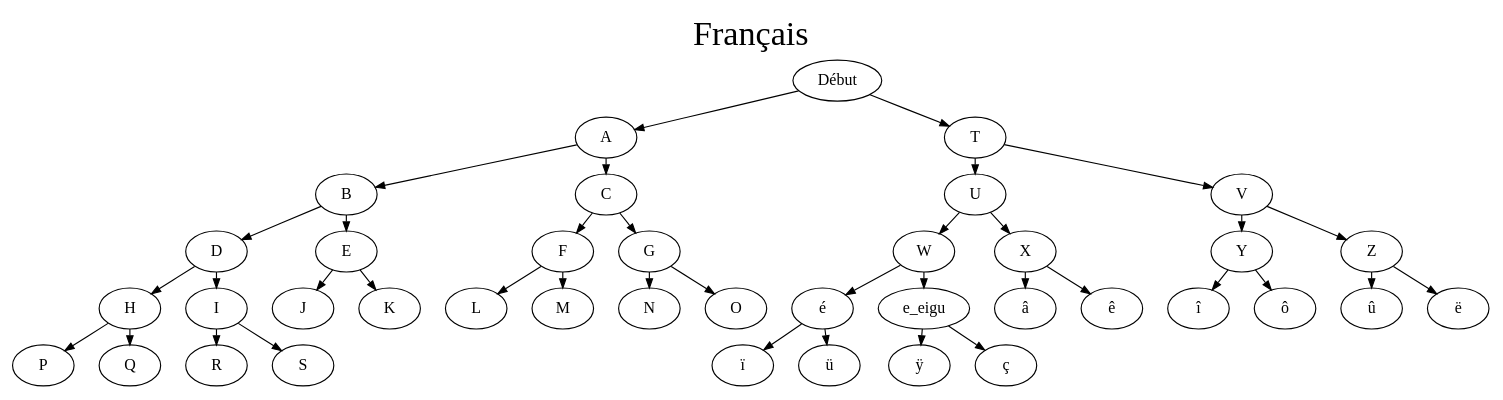
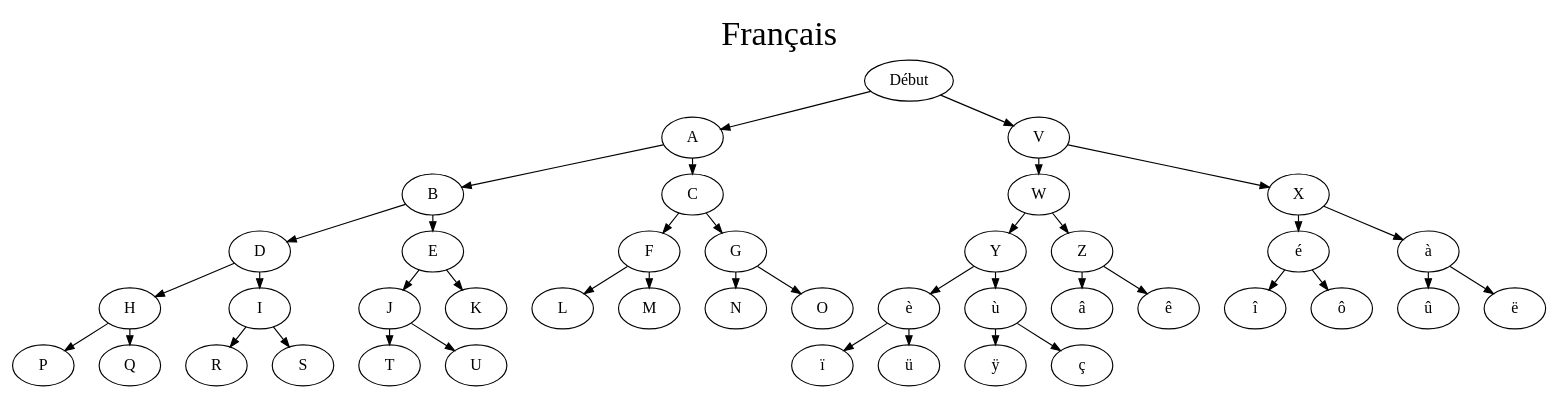
Before and after one commit to toekeyboard/toekeyboard.github.io: the diagram in images/lang/graphviz_dot/balanced/fr/binarytree.gv, drawn with Graphviz. The commit also changed 5 other files, not shown here.

```diff
--- a/images/lang/graphviz_dot/balanced/fr/binarytree.gv
+++ b/images/lang/graphviz_dot/balanced/fr/binarytree.gv
@@ -1,53 +1,54 @@
 digraph G {
     nodesep=0.3;
     ranksep=0.2;
     margin=0.1;
 #    node [shape=circle];
     edge [arrowsize=0.8];
 
     graph [label="Français", labelloc=top, fontsize=30];
 
 
 
 Début ->A
 A ->B
 A ->C
 B ->D
 B ->E
 C ->F
 C ->G
 D ->H
 D ->I
 E ->J
 E ->K
 F ->L
 F ->M
 G ->N
 G ->O
 H ->P
 H ->Q
 I ->R
 I ->S
- 
-Début ->T
-T ->U
-T ->V
-U ->W
-U ->X
-V ->Y
-V ->Z
-W ->é
-W ->e_eigu
-X ->â
-X ->ê
-Y ->î
-Y ->ô
-Z ->û
-Z ->ë
-é->ï
-é->ü
-e_eigu->ÿ
-e_eigu->ç
+J ->T
+J ->U
 
+Début ->V
+V ->W
+V ->X
+W ->Y
+W ->Z
+X ->é
+X ->à
+Y ->è 
+Y ->ù
+Z ->â
+Z ->ê
+é ->î
+é ->ô
+à ->û
+à ->ë
+è ->ï
+è ->ü
+ù ->ÿ
+ù ->ç
 
 }
```
